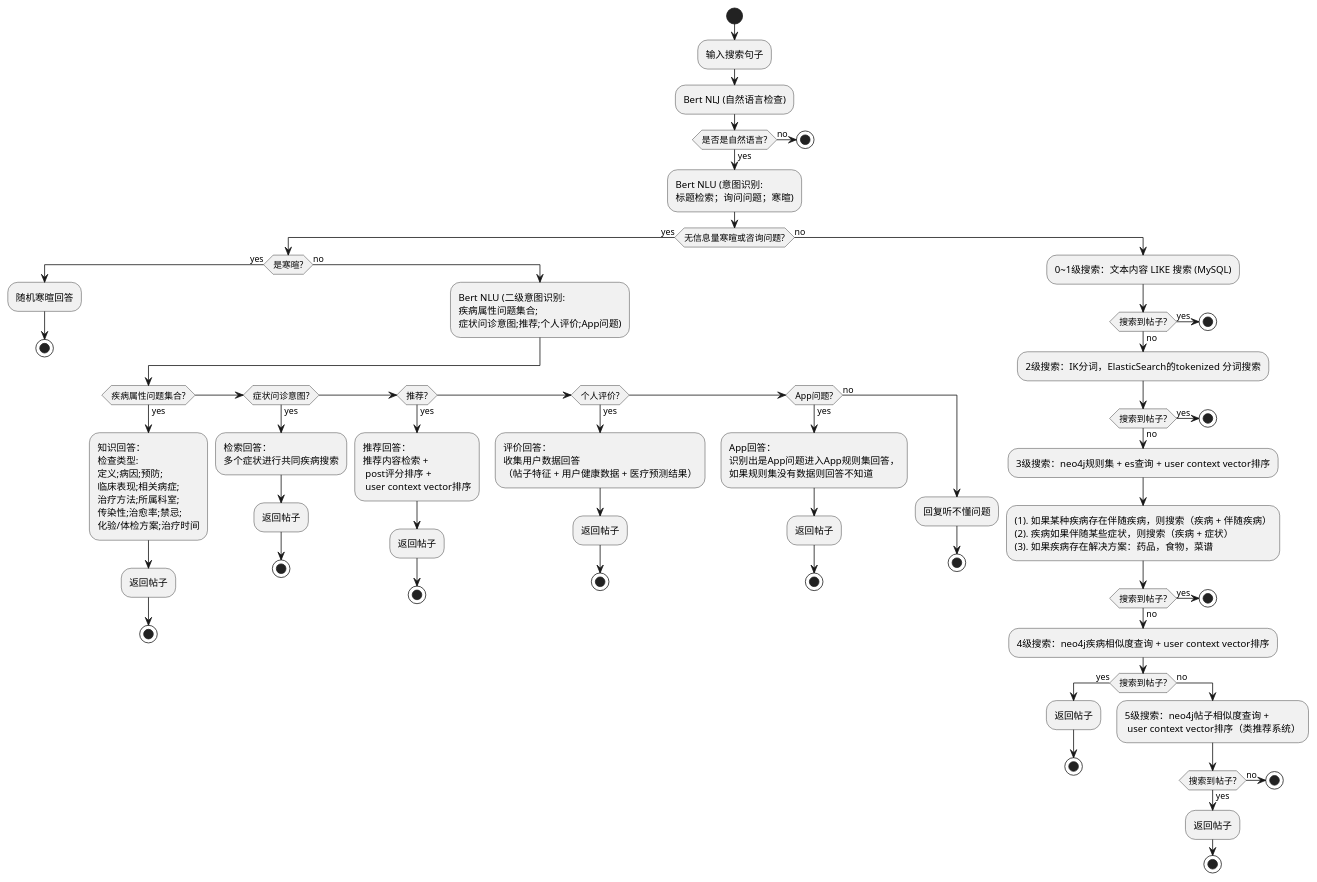
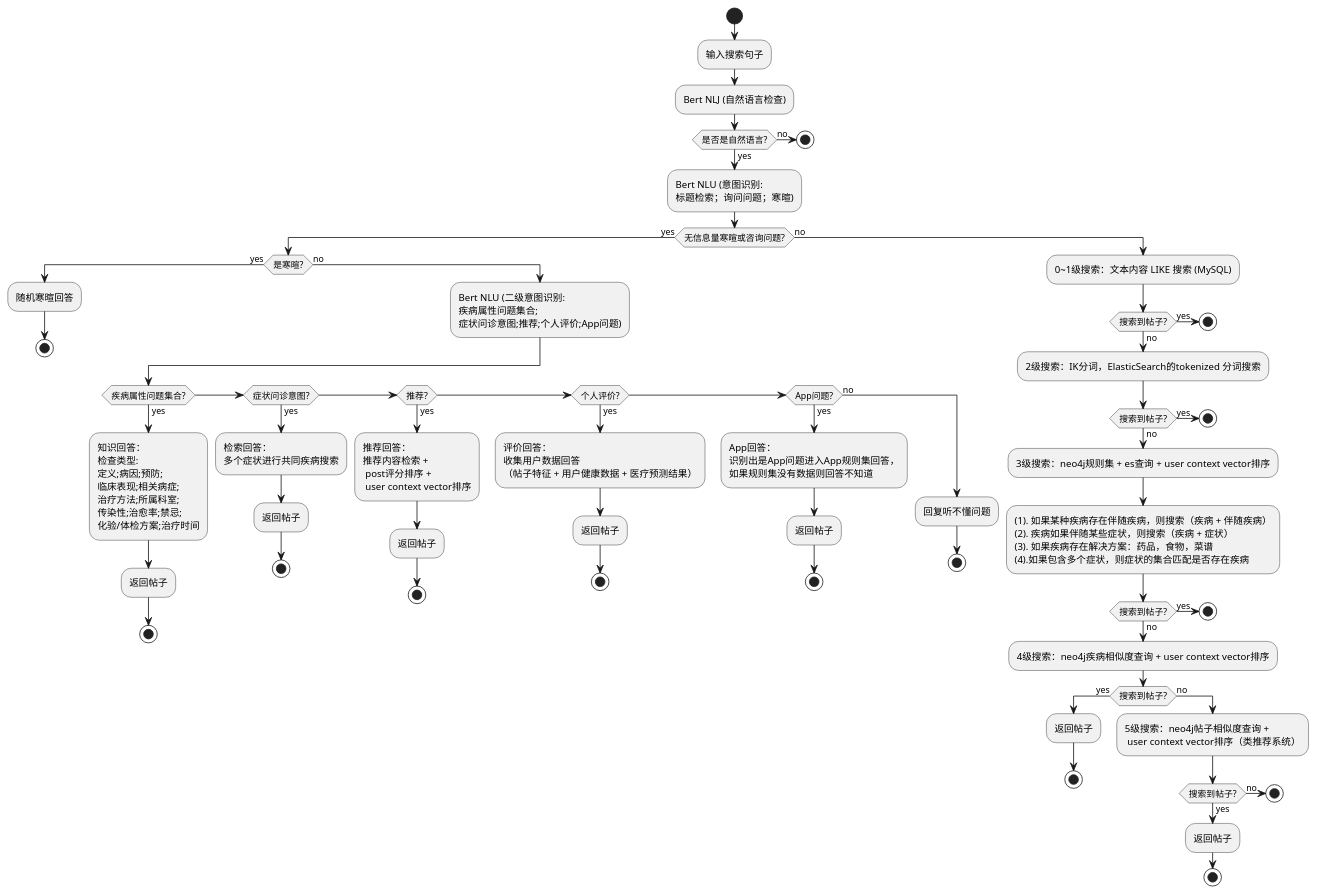
Before and after one commit to nangong918/SmartMedicine-App: the diagram in spring-server/business/search-service/docs/搜索引擎流程planC.puml, drawn with PlantUML. The commit also changed 5 other files, not shown here.

```diff
--- a/spring-server/business/search-service/docs/搜索引擎流程planC.puml
+++ b/spring-server/business/search-service/docs/搜索引擎流程planC.puml
@@ -1,86 +1,87 @@
 @startuml
 ' Styling options - feel free to adjust
 
 start
 :输入搜索句子;
 
 ' Natural Language Check
 :Bert NLJ (自然语言检查);
 if (是否是自然语言?) then (no)
   stop
 else (yes)
   ' Intent Recognition
   :Bert NLU (意图识别:\n标题检索；询问问题；寒暄);
 
   if (无信息量寒暄或咨询问题?) then (yes)
     if (是寒暄?) then (yes)
       :随机寒暄回答;
       stop
     else (no)
       :Bert NLU (二级意图识别:\n疾病属性问题集合;\n症状问诊意图;推荐;个人评价;App问题);
       if (疾病属性问题集合?) then (yes)
         :知识回答：\n检查类型:\n定义;病因;预防;\n临床表现;相关病症;\n治疗方法;所属科室;\n传染性;治愈率;禁忌;\n化验/体检方案;治疗时间;
         :返回帖子;
         stop
       elseif (症状问诊意图?) then (yes)
         :检索回答：\n多个症状进行共同疾病搜索;
         :返回帖子;
         stop
       elseif (推荐?) then (yes)
         :推荐回答：\n推荐内容检索 + \n post评分排序 + \n user context vector排序;
         :返回帖子;
         stop
       elseif (个人评价?) then (yes)
         :评价回答：\n收集用户数据回答\n（帖子特征 + 用户健康数据 + 医疗预测结果）;
         :返回帖子;
         stop
       elseif (App问题?) then (yes)
         :App回答：\n识别出是App问题进入App规则集回答，\n如果规则集没有数据则回答不知道;
         :返回帖子;
         stop
       else (no)
         :回复听不懂问题;
         stop
       endif
 
     endif
   else (no)
     ' Search Branch - Level 1
     :0~1级搜索：文本内容 LIKE 搜索 (MySQL);
     if (搜索到帖子?) then (yes)
       stop
     else (no)
       ' Search Branch - Level 2
       :2级搜索：IK分词，ElasticSearch的tokenized 分词搜索;
       if (搜索到帖子?) then (yes)
         stop
       else (no)
         ' Search Branch - Level 3
         :3级搜索：neo4j规则集 + es查询 + user context vector排序;
         :(1). 如果某种疾病存在伴随疾病，则搜索（疾病 + 伴随疾病）
         (2). 疾病如果伴随某些症状，则搜索（疾病 + 症状）
-        (3). 如果疾病存在解决方案：药品，食物，菜谱;
+        (3). 如果疾病存在解决方案：药品，食物，菜谱
+        (4).如果包含多个症状，则症状的集合匹配是否存在疾病;
         if (搜索到帖子?) then (yes)
           stop
         else (no)
           :4级搜索：neo4j疾病相似度查询 + user context vector排序;
           if (搜索到帖子?) then (yes)
             :返回帖子;
             stop
           else (no)
             ' Search Branch - Level 4
             :5级搜索：neo4j帖子相似度查询 +\n user context vector排序（类推荐系统）;
             if (搜索到帖子?) then (yes)
               :返回帖子;
               stop
             else (no)
               stop
             endif
           endif
         endif
       endif
     endif
   endif
 endif
 
 @enduml
```
